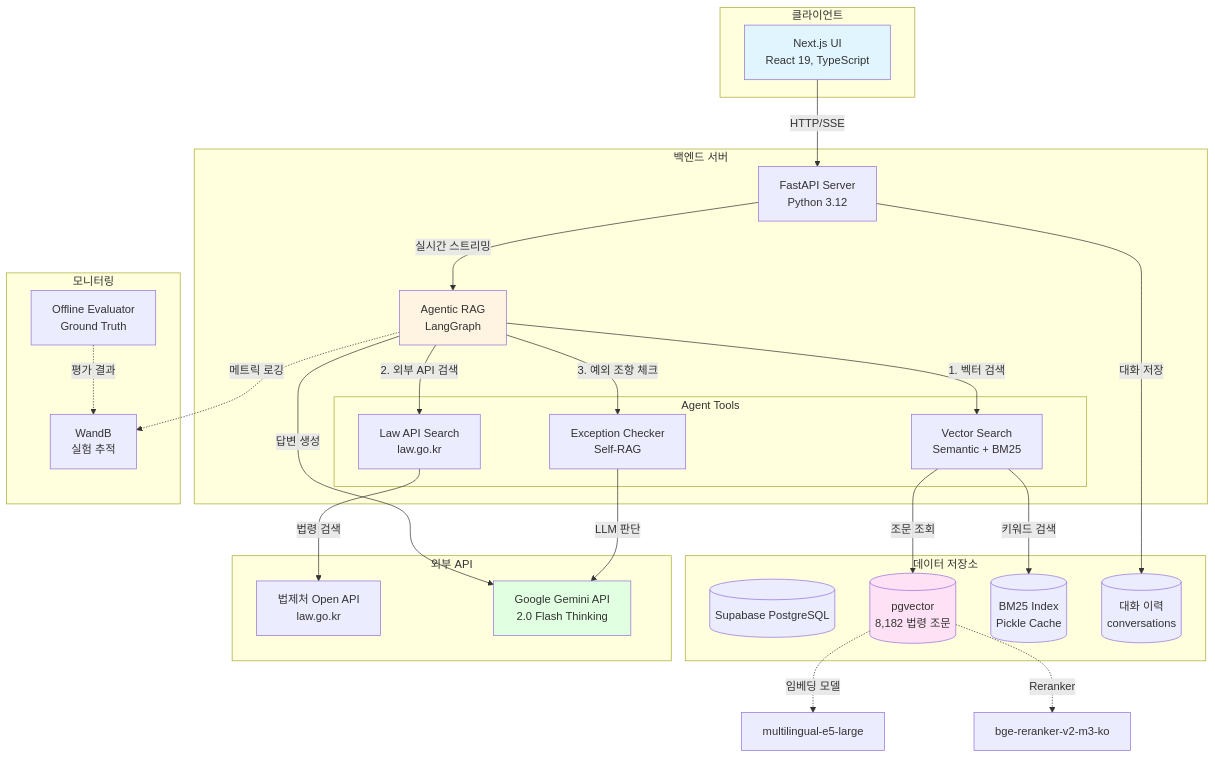
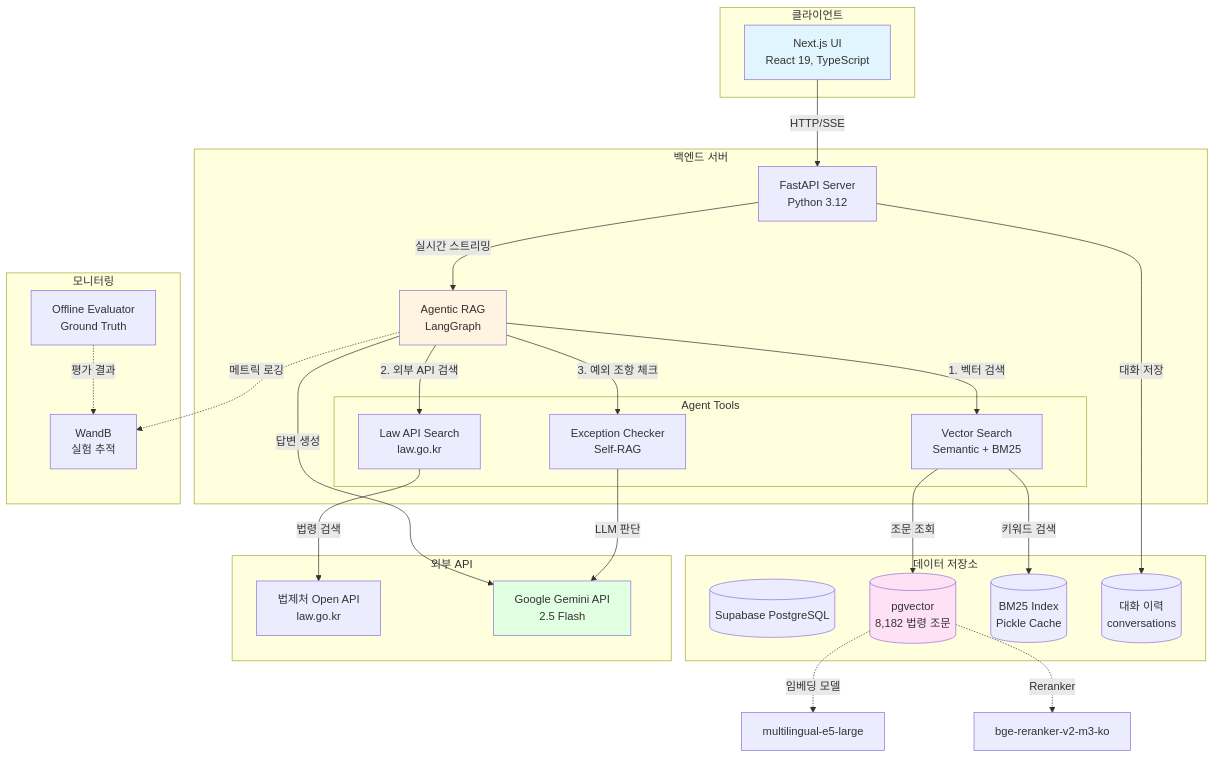
One commit to Geundol222/lawbot-kr changed the first of 4 diagrams in docs/architecture.md. Above: the diagram before and after it, drawn with Mermaid. The commit also changed other lines of this file and 10 other files, not shown here.

````diff
--- a/docs/architecture.md
+++ b/docs/architecture.md
@@ -5,60 +5,60 @@
 ```mermaid
 flowchart TB
     subgraph Client["클라이언트"]
         UI[Next.js UI<br/>React 19, TypeScript]
     end
 
     subgraph Backend["백엔드 서버"]
         API[FastAPI Server<br/>Python 3.12]
         Agent[Agentic RAG<br/>LangGraph]
 
         subgraph Tools["Agent Tools"]
             VectorDB[Vector Search<br/>Semantic + BM25]
             LawAPI[Law API Search<br/>law.go.kr]
             ExceptionCheck[Exception Checker<br/>Self-RAG]
         end
     end
 
     subgraph Storage["데이터 저장소"]
         Supabase[(Supabase PostgreSQL)]
         VectorStore[(pgvector<br/>8,182 법령 조문)]
         BM25Cache[(BM25 Index<br/>Pickle Cache)]
         ChatHistory[(대화 이력<br/>conversations)]
     end
 
     subgraph External["외부 API"]
         LawGov[법제처 Open API<br/>law.go.kr]
-        GeminiAPI[Google Gemini API<br/>2.0 Flash Thinking]
+        GeminiAPI[Google Gemini API<br/>2.5 Flash]
     end
 
     subgraph Monitoring["모니터링"]
         WandB[WandB<br/>실험 추적]
         Eval[Offline Evaluator<br/>Ground Truth]
     end
 
     UI -->|HTTP/SSE| API
     API -->|실시간 스트리밍| Agent
 
     Agent -->|1. 벡터 검색| VectorDB
     Agent -->|2. 외부 API 검색| LawAPI
     Agent -->|3. 예외 조항 체크| ExceptionCheck
 
     VectorDB -->|조문 조회| VectorStore
     VectorDB -->|키워드 검색| BM25Cache
     LawAPI -->|법령 검색| LawGov
     ExceptionCheck -->|LLM 판단| GeminiAPI
 
     Agent -->|답변 생성| GeminiAPI
     API -->|대화 저장| ChatHistory
 
     Agent -.->|메트릭 로깅| WandB
     Eval -.->|평가 결과| WandB
 
     VectorStore -.->|임베딩 모델| EmbedModel[multilingual-e5-large]
     VectorStore -.->|Reranker| Reranker[bge-reranker-v2-m3-ko]
 
     style UI fill:#e1f5ff
     style Agent fill:#fff4e1
     style VectorStore fill:#ffe1f5
     style GeminiAPI fill:#e1ffe1
 ```
````
